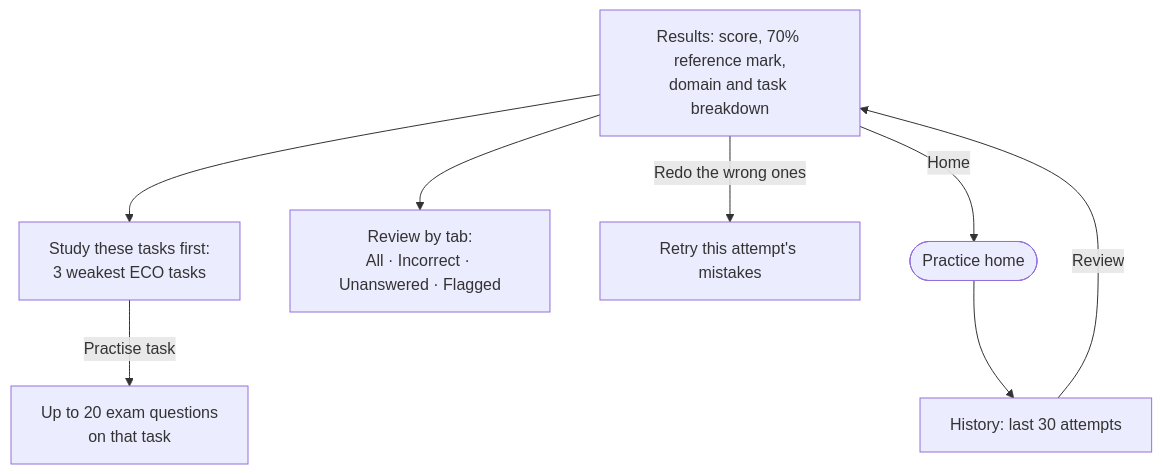
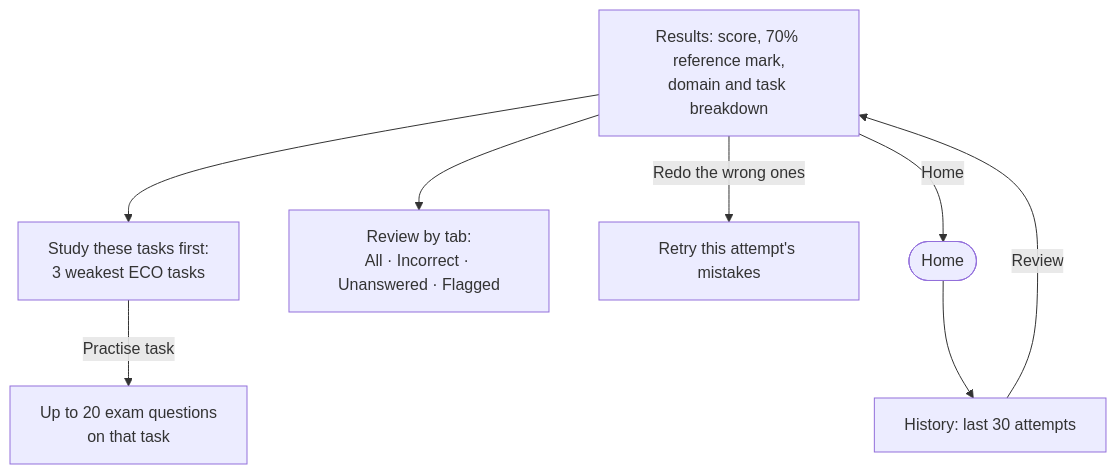
The fourth of 5 diagrams in docs/user-flow.md (Augustine-debug/capm-practice-room), drawn with Mermaid before and after one commit. The commit also changed other lines of this file and 3 other files, not shown here.

````diff
--- a/docs/user-flow.md
+++ b/docs/user-flow.md
@@ -72,10 +72,10 @@
 ```mermaid
 flowchart TD
   R[Results: score, 70% reference mark,<br/>domain and task breakdown] --> Weak[Study these tasks first:<br/>3 weakest ECO tasks]
   Weak -->|Practise task| Practice[Up to 20 exam questions<br/>on that task]
   R --> Review[Review by tab:<br/>All · Incorrect · Unanswered · Flagged]
   R -->|Redo the wrong ones| RetryThis[Retry this attempt's mistakes]
-  R -->|Home| Home([Practice home])
+  R -->|Home| Home([Home])
   Home --> Hist[History: last 30 attempts]
   Hist -->|Review| R
 ```
````
